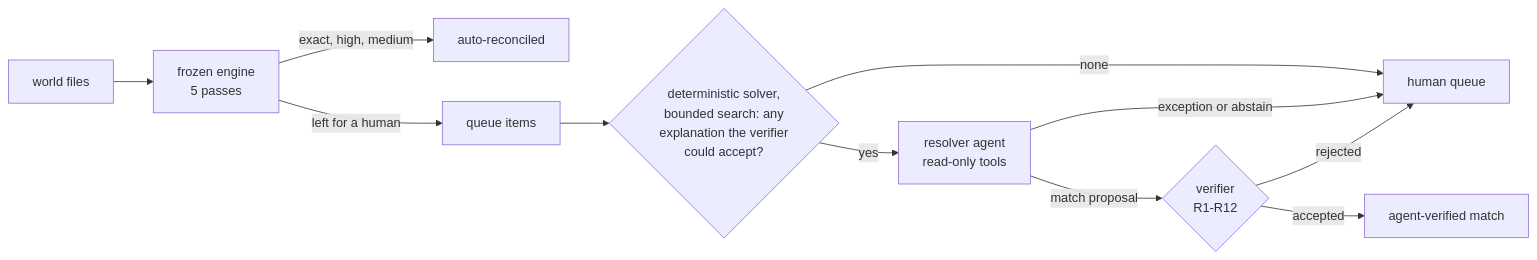
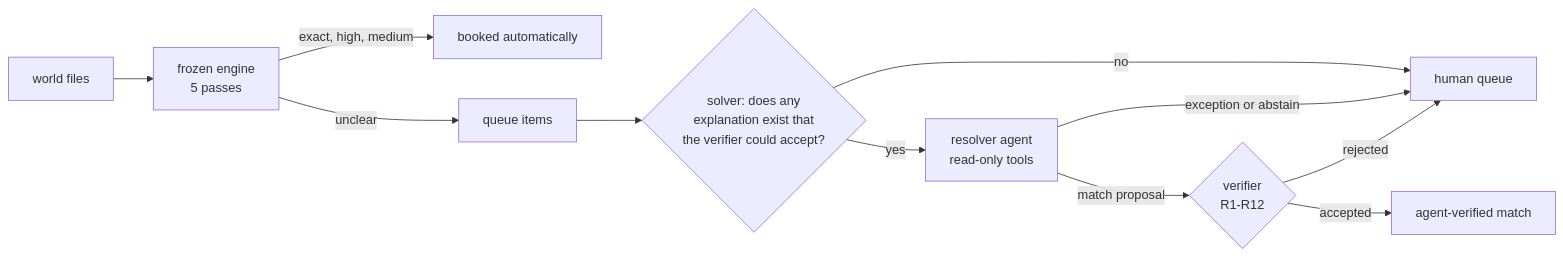
The diagram in ARCHITECTURE.md (syedzeeshan-27/finance-controller), drawn with Mermaid before and after one commit. The commit also changed other lines of this file and 4 other files, not shown here.

First line of the commit message:
Simplify README and ARCHITECTURE; close validator opening-row bypass; force LF checkout

````diff
--- a/ARCHITECTURE.md
+++ b/ARCHITECTURE.md
@@ -46,13 +46,13 @@
 ```mermaid
 flowchart LR
     W[world files] --> E[frozen engine<br/>5 passes]
-    E -->|exact, high, medium| A[auto-reconciled]
-    E -->|left for a human| Q[queue items]
-    Q --> S{deterministic solver,<br/>bounded search: any<br/>explanation the verifier<br/>could accept?}
-    S -->|none| H[human queue]
+    E -->|exact, high, medium| A[booked automatically]
+    E -->|unclear| Q[queue items]
+    Q --> S{solver: does any<br/>explanation exist that<br/>the verifier could accept?}
+    S -->|no| H[human queue]
     S -->|yes| R[resolver agent<br/>read-only tools]
     R -->|exception or abstain| H
     R -->|match proposal| V{verifier<br/>R1-R12}
     V -->|accepted| M[agent-verified match]
     V -->|rejected| H
 ```
````
